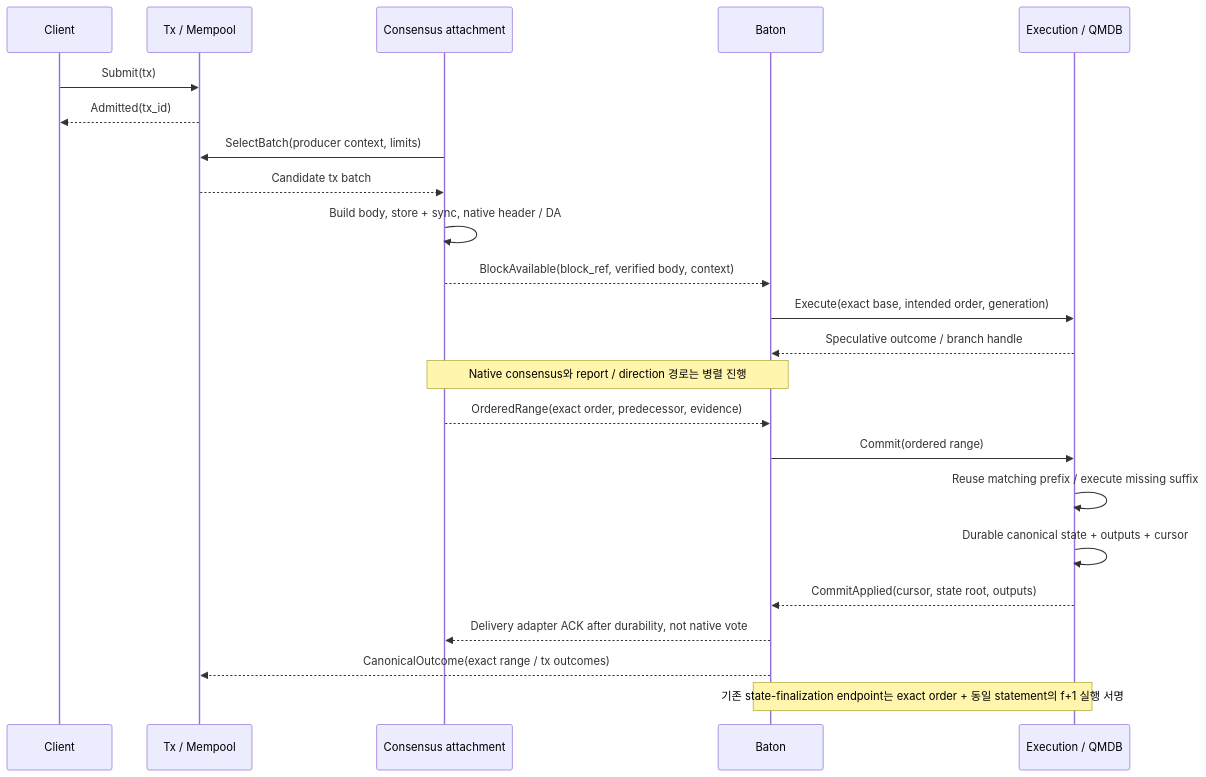
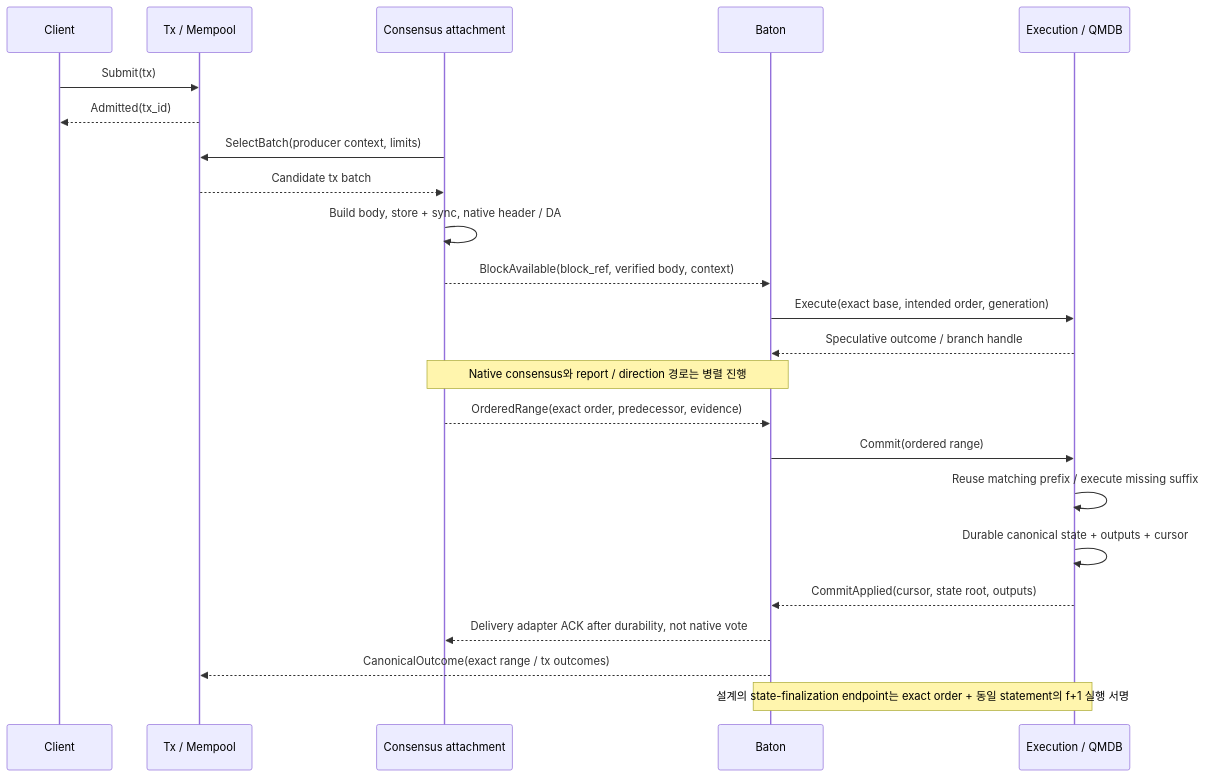
The second of 18 diagrams in IMPLEMENTATION_SPEC.md (djm07073/baton-research), drawn with Mermaid before and after one commit. The commit also changed 4 other files, not shown here.

````diff
--- a/IMPLEMENTATION_SPEC.md
+++ b/IMPLEMENTATION_SPEC.md
@@ -182,25 +182,25 @@
 ```mermaid
 sequenceDiagram
     participant C as Client
     participant T as Tx / Mempool
     participant N as Consensus attachment
     participant B as Baton
     participant E as Execution / QMDB
     C->>T: Submit(tx)
     T-->>C: Admitted(tx_id)
     N->>T: SelectBatch(producer context, limits)
     T-->>N: Candidate tx batch
     N->>N: Build body, store + sync, native header / DA
     N-->>B: BlockAvailable(block_ref, verified body, context)
     B->>E: Execute(exact base, intended order, generation)
     E-->>B: Speculative outcome / branch handle
     Note over N,B: Native consensus와 report / direction 경로는 병렬 진행
     N-->>B: OrderedRange(exact order, predecessor, evidence)
     B->>E: Commit(ordered range)
     E->>E: Reuse matching prefix / execute missing suffix
     E->>E: Durable canonical state + outputs + cursor
     E-->>B: CommitApplied(cursor, state root, outputs)
     B-->>N: Delivery adapter ACK after durability, not native vote
     B-->>T: CanonicalOutcome(exact range / tx outcomes)
-    Note over B,E: 기존 state-finalization endpoint는 exact order + 동일 statement의 f+1 실행 서명
+    Note over B,E: 설계의 state-finalization endpoint는 exact order + 동일 statement의 f+1 실행 서명
 ```
````
